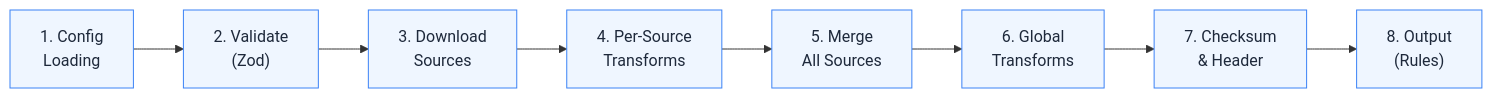
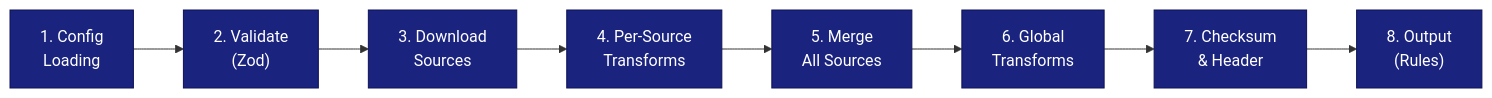
One commit to jaypatrick/adblock-compiler changed the second of 19 diagrams in docs/development/ARCHITECTURE.md. Above: the diagram before and after it, drawn with Mermaid. The commit also changed other lines of this file and 6 other files, not shown here.

First line of the commit message:
fix: Mermaid diagram errors, dark theme compatibility, and mdhelp scroll reset (#1540)

````diff
--- a/docs/development/ARCHITECTURE.md
+++ b/docs/development/ARCHITECTURE.md
@@ -136,11 +136,11 @@
 ```mermaid
 flowchart LR
-    classDef step fill:#eff6ff,stroke:#3b82f6,color:#1e293b
+    classDef step fill:#1a237e,stroke:#0d1257,color:#fff
     A["1. Config<br/>Loading"]:::step --> B["2. Validate<br/>(Zod)"]:::step
     B --> C["3. Download<br/>Sources"]:::step
     C --> D["4. Per-Source<br/>Transforms"]:::step
     D --> E["5. Merge<br/>All Sources"]:::step
     E --> F["6. Global<br/>Transforms"]:::step
     F --> G["7. Checksum<br/>& Header"]:::step
     G --> H["8. Output<br/>(Rules)"]:::step
 ```
````
